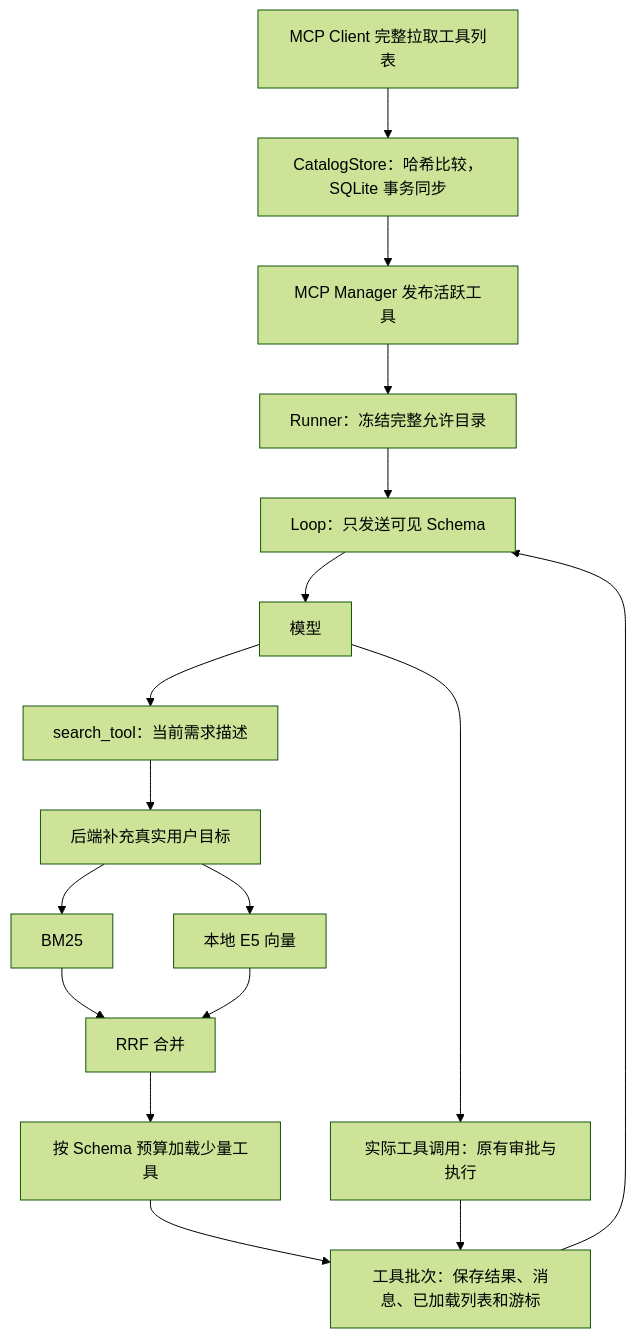
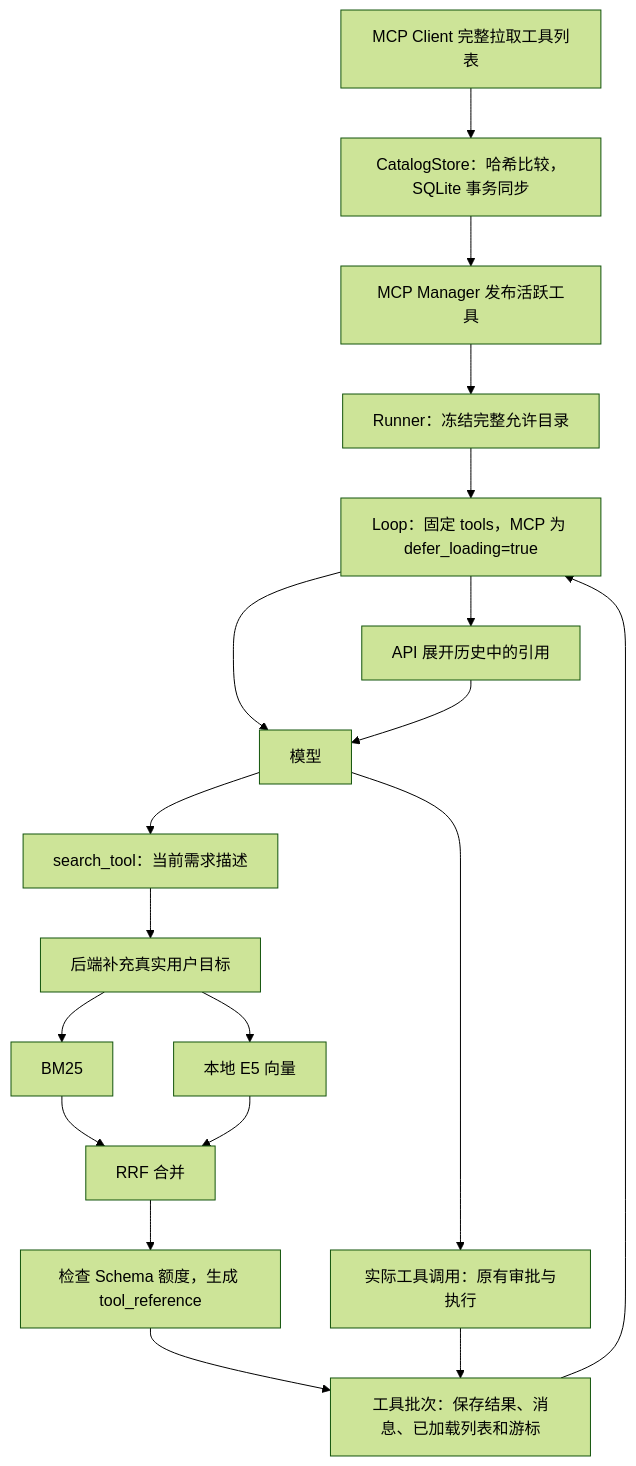
One commit to 6xiaoming6/KamaClaude changed the first of 2 diagrams in docs/S11-MCP工具检索与按需加载.md. Above: the diagram before and after it, drawn with Mermaid (forest theme). The commit also changed other lines of this file and 70 other files, not shown here.

````diff
--- a/docs/S11-MCP工具检索与按需加载.md
+++ b/docs/S11-MCP工具检索与按需加载.md
@@ -19,19 +21,21 @@
 ```mermaid
 flowchart TD
     C[MCP Client 完整拉取工具列表] --> DB[CatalogStore：哈希比较，SQLite 事务同步]
     DB --> MM[MCP Manager 发布活跃工具]
     MM --> R[Runner：冻结完整允许目录]
-    R --> L[Loop：只发送可见 Schema]
+    R --> L[Loop：固定 tools，MCP 为 defer_loading=true]
     L --> M[模型]
     M --> ST[search_tool：当前需求描述]
     ST --> Q[后端补充真实用户目标]
     Q --> B[BM25]
     Q --> E[本地 E5 向量]
     B --> F[RRF 合并]
     E --> F
-    F --> V[按 Schema 预算加载少量工具]
+    F --> V[检查 Schema 额度，生成 tool_reference]
     V --> CP[工具批次：保存结果、消息、已加载列表和游标]
     CP --> L
+    L --> X[API 展开历史中的引用]
+    X --> M
     M --> IT[实际工具调用：原有审批与执行]
     IT --> CP
 ```
````
